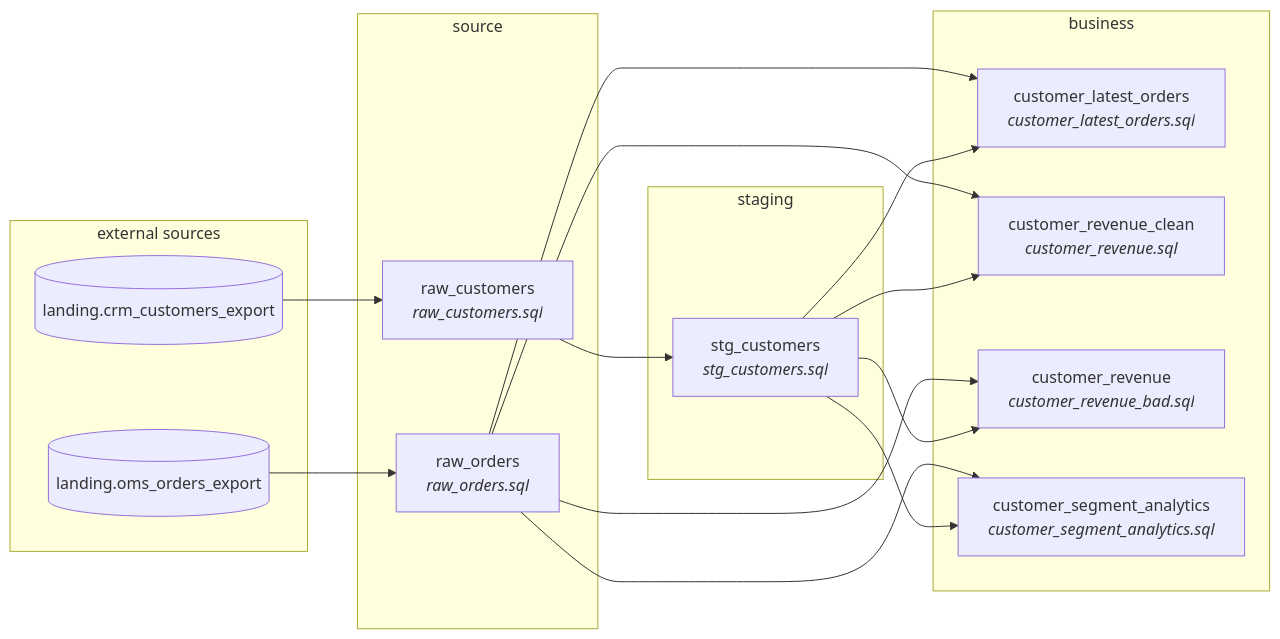
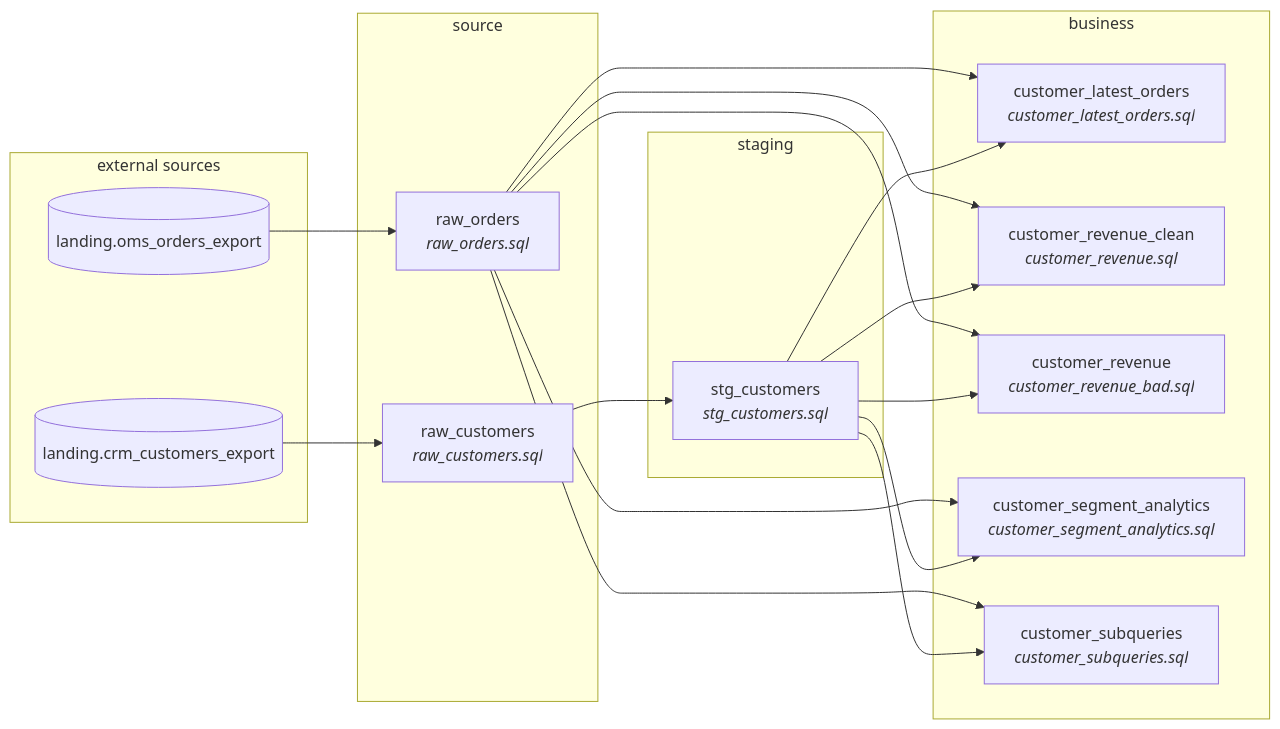
One commit to jacovanderlaan/mdde-demo changed the diagram in examples/sql_process/expected_output/report.md. Above: the diagram before and after it, drawn with Mermaid. The commit also changed other lines of this file and 66 other files, not shown here.

First line of the commit message:
feat(sql_process): customer rule pack, per-query layout, Genie + movement.csv

````diff
--- a/examples/sql_process/expected_output/report.md
+++ b/examples/sql_process/expected_output/report.md
@@ -78,31 +101,34 @@
 ```mermaid
 flowchart LR
   subgraph source
     raw_customers["raw_customers<br/><i>raw_customers.sql</i>"]
     raw_orders["raw_orders<br/><i>raw_orders.sql</i>"]
   end
   subgraph staging
     stg_customers["stg_customers<br/><i>stg_customers.sql</i>"]
   end
   subgraph business
     customer_latest_orders["customer_latest_orders<br/><i>customer_latest_orders.sql</i>"]
     customer_revenue_clean["customer_revenue_clean<br/><i>customer_revenue.sql</i>"]
     customer_revenue["customer_revenue<br/><i>customer_revenue_bad.sql</i>"]
     customer_segment_analytics["customer_segment_analytics<br/><i>customer_segment_analytics.sql</i>"]
+    customer_subqueries["customer_subqueries<br/><i>customer_subqueries.sql</i>"]
   end
   raw_customers --> stg_customers
   raw_orders --> customer_latest_orders
   raw_orders --> customer_revenue_clean
   raw_orders --> customer_revenue
   raw_orders --> customer_segment_analytics
+  raw_orders --> customer_subqueries
   stg_customers --> customer_latest_orders
   stg_customers --> customer_revenue_clean
   stg_customers --> customer_revenue
   stg_customers --> customer_segment_analytics
+  stg_customers --> customer_subqueries
   subgraph external ["external sources"]
     ext_landing_crm_customers_export[("landing.crm_customers_export")]
     ext_landing_oms_orders_export[("landing.oms_orders_export")]
   end
   ext_landing_crm_customers_export --> raw_customers
   ext_landing_oms_orders_export --> raw_orders
 ```
````
